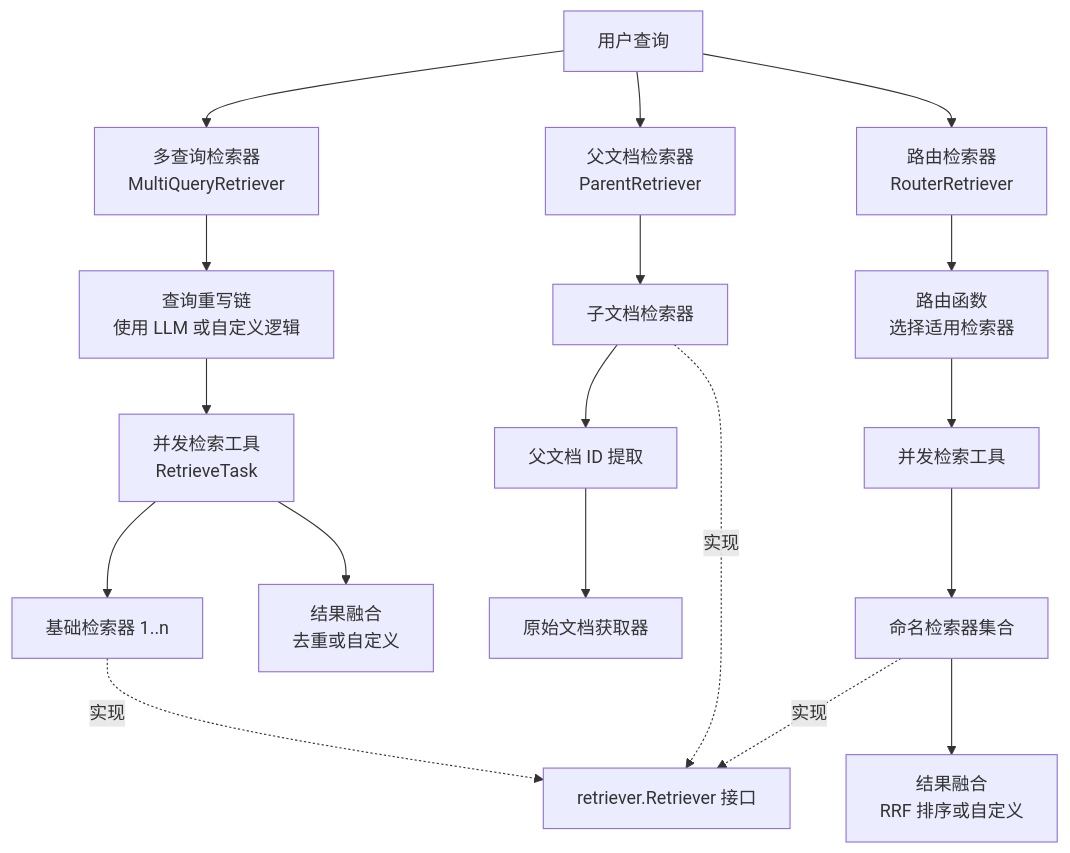
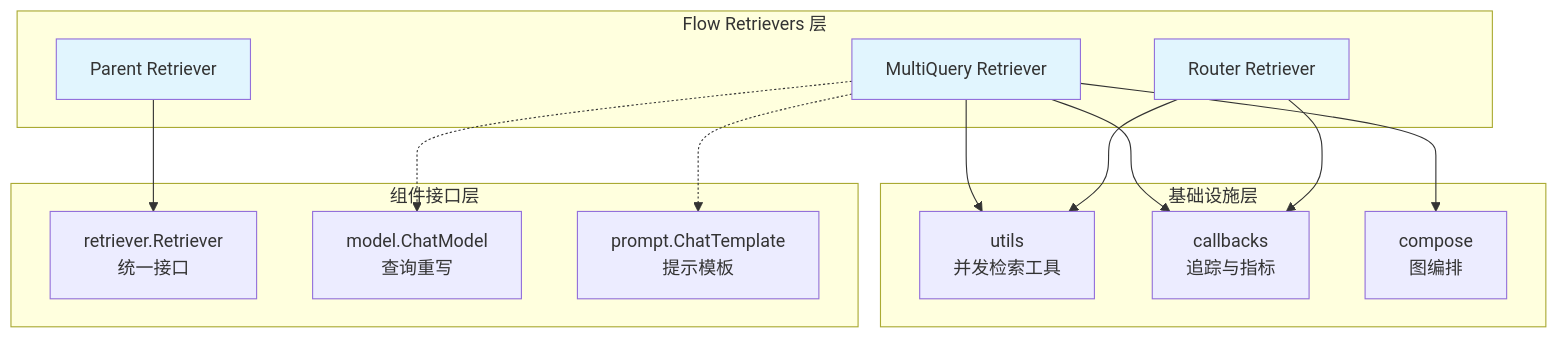
Before and after one commit to nerdneilsfield/code-wiki-pages: the first of 5 diagrams in public/eino-docs/Flow Retrievers.md, drawn with Mermaid. The commit also changed other lines of this file and 277 other files, not shown here.

````diff
--- a/public/eino-docs/Flow Retrievers.md
+++ b/public/eino-docs/Flow Retrievers.md
@@ -14,24 +57,34 @@
 ```mermaid
 graph TB
-    UserQuery[用户查询] --> MultiQuery[多查询检索器<br/>MultiQueryRetriever]
-    UserQuery --> Parent[父文档检索器<br/>ParentRetriever]
-    UserQuery --> Router[路由检索器<br/>RouterRetriever]
+    subgraph "Flow Retrievers 层"
+        MQ[MultiQuery Retriever]
+        PR[Parent Retriever]
+        RR[Router Retriever]
+    end
     
-    MultiQuery --> QueryRewrite[查询重写链<br/>使用 LLM 或自定义逻辑]
-    QueryRewrite --> Utils[并发检索工具<br/>RetrieveTask]
-    Utils --> BaseRetriever1[基础检索器 1..n]
-    Utils --> Fusion1[结果融合<br/>去重或自定义]
+    subgraph "基础设施层"
+        CU[utils<br/>并发检索工具]
+        CB[callbacks<br/>追踪与指标]
+        CO[compose<br/>图编排]
+    end
     
-    Parent --> SubRetriever[子文档检索器]
-    SubRetriever --> ParentIDExtract[父文档 ID 提取]
-    ParentIDExtract --> OrigDocGetter[原始文档获取器]
+    subgraph "组件接口层"
+        RI[retriever.Retriever<br/>统一接口]
+        CM[model.ChatModel<br/>查询重写]
+        CT[prompt.ChatTemplate<br/>提示模板]
+    end
     
-    Router --> RouterFunc[路由函数<br/>选择适用检索器]
-    RouterFunc --> Utils2[并发检索工具]
-    Utils2 --> NamedRetrievers[命名检索器集合]
-    NamedRetrievers --> Fusion2[结果融合<br/>RRF 排序或自定义]
+    MQ --> CU
+    RR --> CU
+    MQ --> CO
+    MQ --> CB
+    RR --> CB
+    PR --> RI
     
-    BaseRetriever1 -.->|实现| RetrieverInterface[retriever.Retriever 接口]
-    SubRetriever -.->|实现| RetrieverInterface
-    NamedRetrievers -.->|实现| RetrieverInterface
+    MQ -.-> CM
+    MQ -.-> CT
+    
+    style MQ fill:#e1f5fe
+    style RR fill:#e1f5fe
+    style PR fill:#e1f5fe
 ```
````
